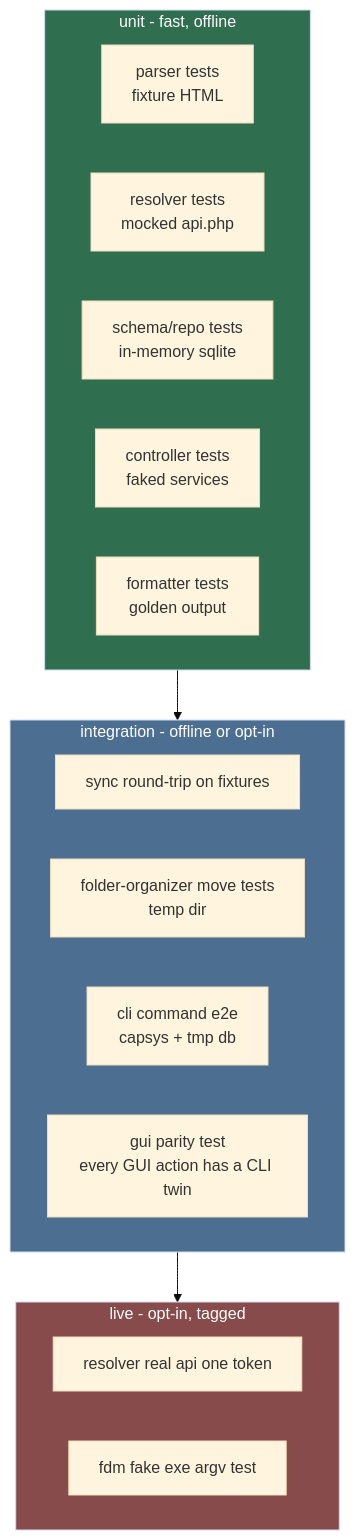
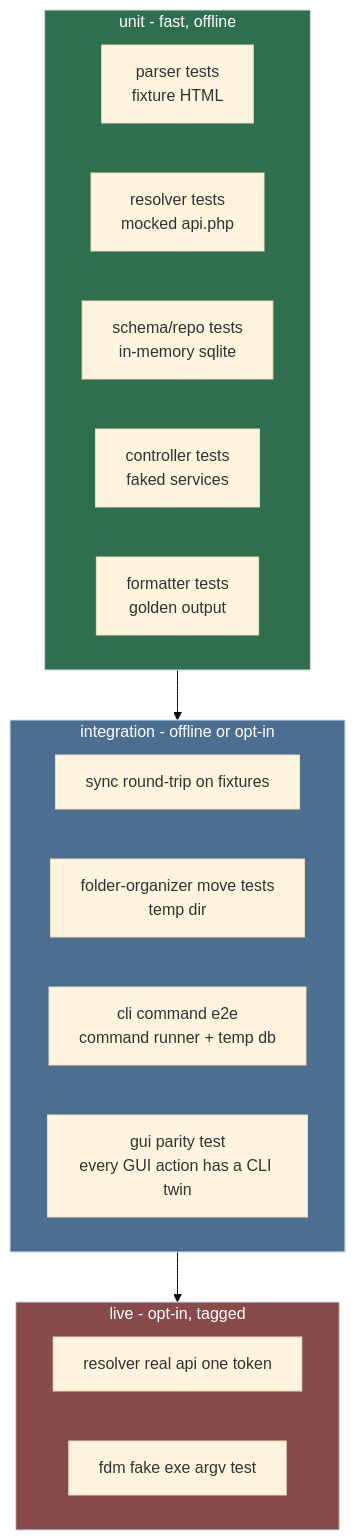
The diagram in .agents/agents/testing/testing.md (HELIX-Origin/LewdZone-Launcher), drawn with Mermaid (base theme) before and after one commit. The commit also changed other lines of this file and 217 other files, not shown here.

````diff
--- a/.agents/agents/testing/testing.md
+++ b/.agents/agents/testing/testing.md
@@ -22,27 +22,27 @@
 ```mermaid
 flowchart TD
     subgraph L1["unit - fast, offline"]
         P["parser tests<br/>fixture HTML"]
         R["resolver tests<br/>mocked api.php"]
         DB["schema/repo tests<br/>in-memory sqlite"]
         C["controller tests<br/>faked services"]
         F["formatter tests<br/>golden output"]
     end
     subgraph L2["integration - offline or opt-in"]
         S[sync round-trip on fixtures]
         FS["folder-organizer move tests<br/>temp dir"]
-        CL["cli command e2e<br/>capsys + tmp db"]
+        CL["cli command e2e<br/>command runner + temp db"]
         GP["gui parity test<br/>every GUI action has a CLI twin"]
     end
     subgraph L3["live - opt-in, tagged"]
         L[resolver real api one token]
         SFDM[fdm fake exe argv test]
     end
 
     L1 --> L2
     L2 --> L3
 
     style L1 fill:#2f6f4f,color:#fff
     style L2 fill:#4b6e91,color:#fff
     style L3 fill:#874b4b,color:#fff
 ```
````
